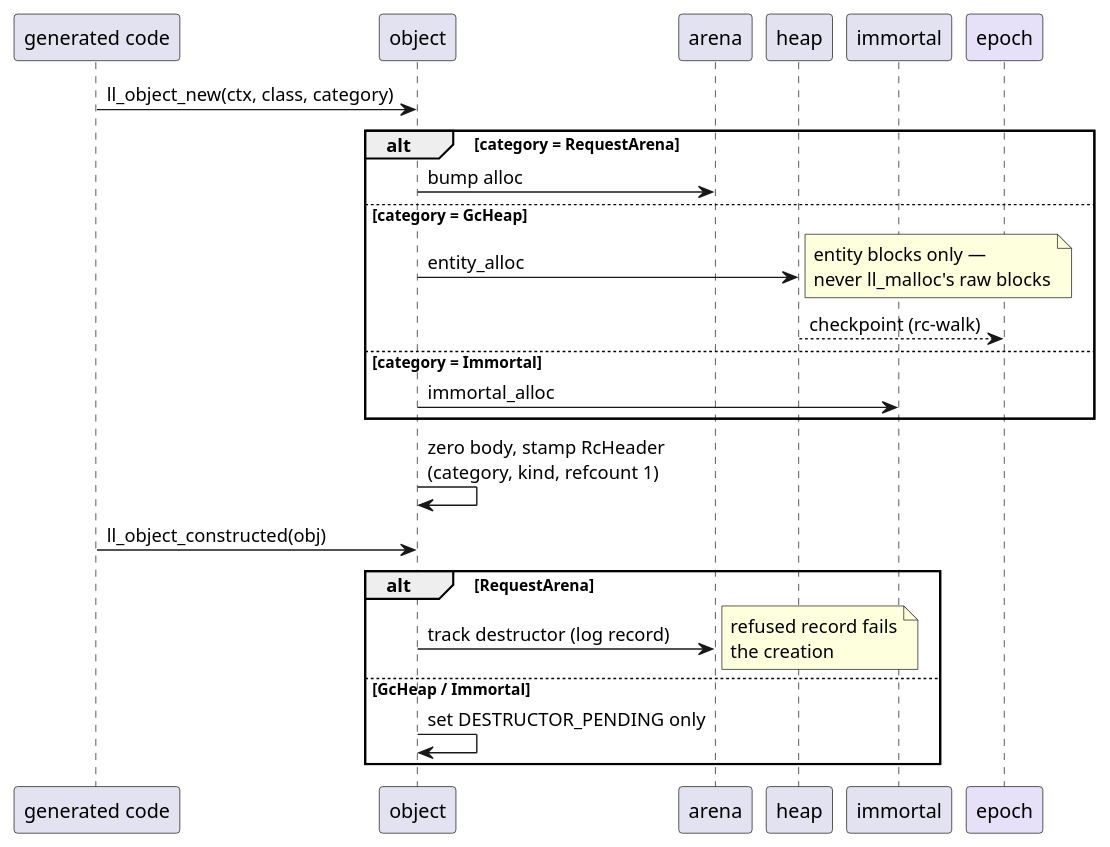
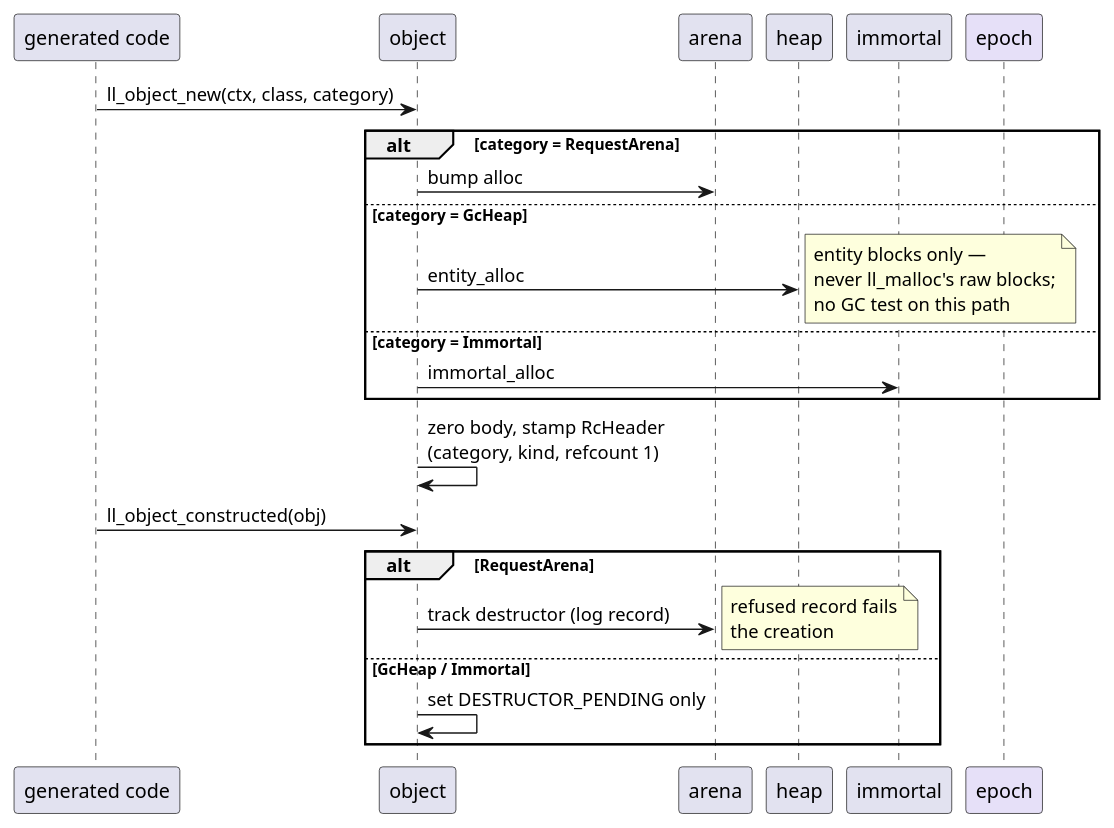
One commit to limelight-lang/model changed the third of 7 diagrams in docs/architecture.md. Above: the diagram before and after it, drawn with PlantUML. The commit also changed other lines of this file and 7 other files, not shown here.

First line of the commit message:
epoch: checkpoint moves to ll_release's death branch; batched-release ABI

````diff
--- a/docs/architecture.md
+++ b/docs/architecture.md
@@ -214,30 +214,29 @@
 ```plantuml
 @startuml
 skinparam shadowing false
 participant "generated code" as caller
 participant object
 participant arena
 participant heap
 participant immortal
 participant epoch #E6E0F8
 
 caller -> object : ll_object_new(ctx, class, category)
 alt category = RequestArena
   object -> arena : bump alloc
 else category = GcHeap
   object -> heap : entity_alloc
-  note right : entity blocks only —\nnever ll_malloc's raw blocks
-  heap --> epoch : checkpoint (rc-walk)
+  note right : entity blocks only —\nnever ll_malloc's raw blocks;\nno GC test on this path
 else category = Immortal
   object -> immortal : immortal_alloc
 end
 object -> object : zero body, stamp RcHeader\n(category, kind, refcount 1)
 caller -> object : ll_object_constructed(obj)
 alt RequestArena
   object -> arena : track destructor (log record)
   note right : refused record fails\nthe creation
 else GcHeap / Immortal
   object -> object : set DESTRUCTOR_PENDING only
 end
 @enduml
 ```
````
